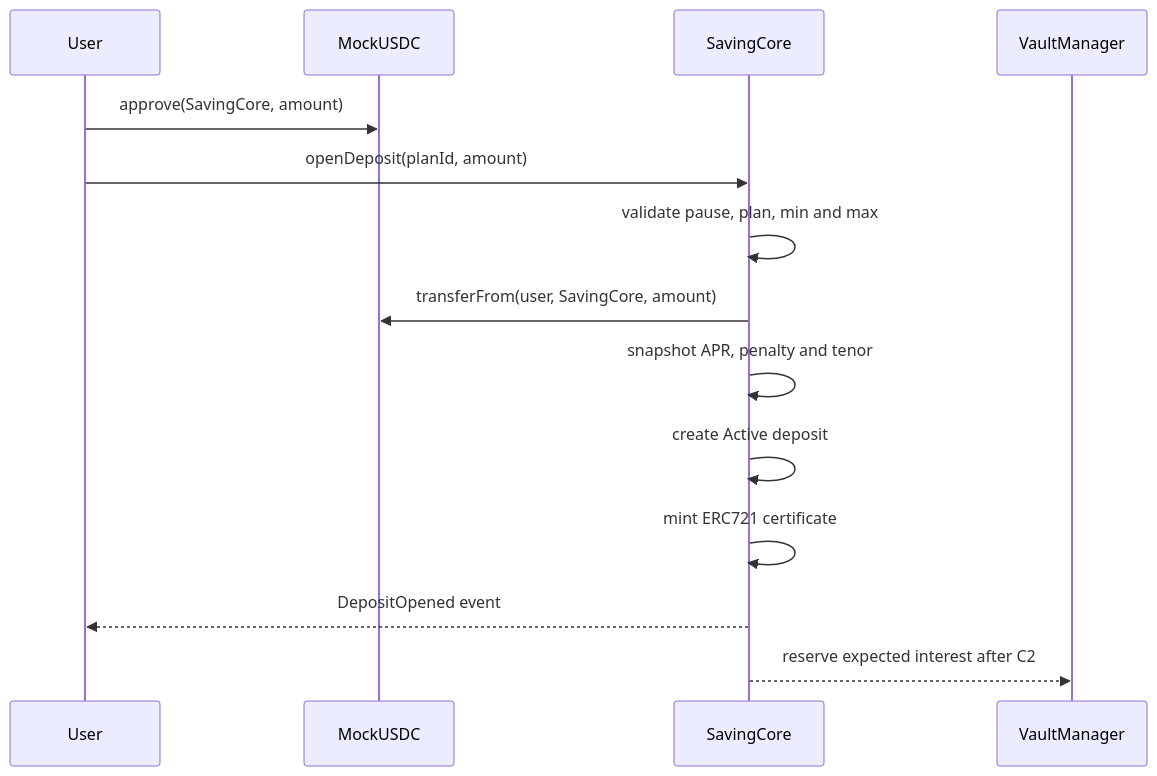
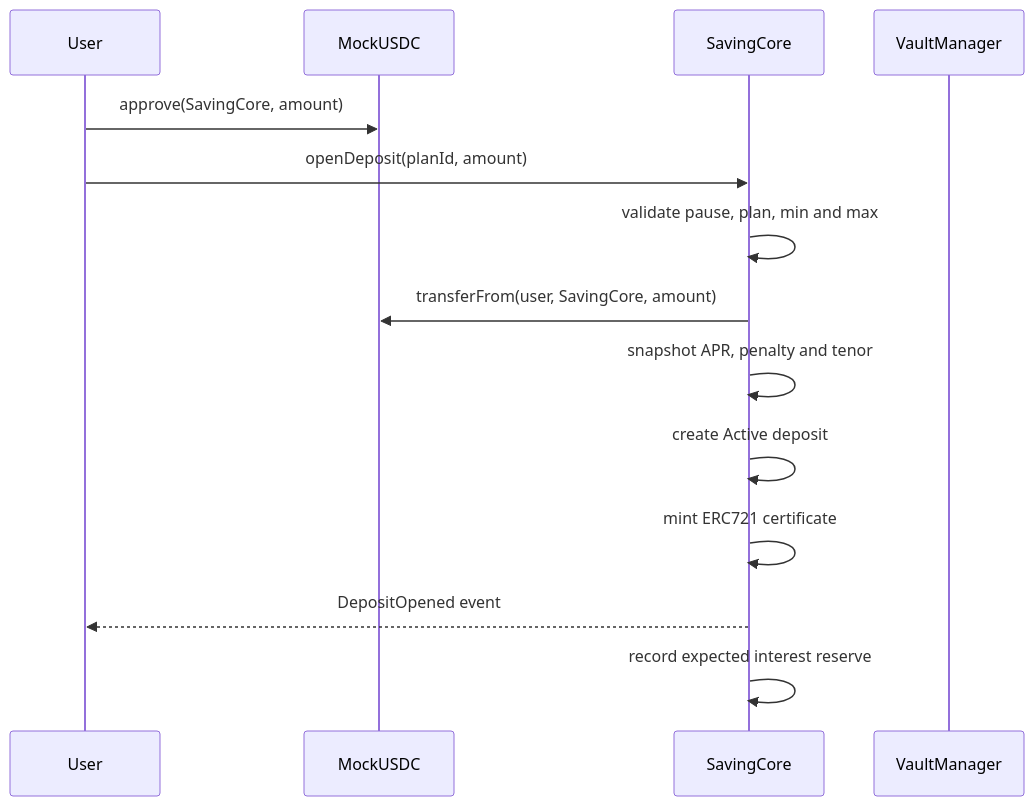
Before and after one commit to VuNguyen26/online-banking-capstone: the third of 4 diagrams in docs/ARCHITECTURE.md, drawn with Mermaid. The commit also changed other lines of this file and 12 other files, not shown here.

```diff
--- a/docs/ARCHITECTURE.md
+++ b/docs/ARCHITECTURE.md
@@ -702,17 +709,17 @@
 ~~~mermaid
 sequenceDiagram
     participant User
     participant Token as MockUSDC
     participant Core as SavingCore
     participant Vault as VaultManager
 
     User->>Token: approve(SavingCore, amount)
     User->>Core: openDeposit(planId, amount)
     Core->>Core: validate pause, plan, min and max
     Core->>Token: transferFrom(user, SavingCore, amount)
     Core->>Core: snapshot APR, penalty and tenor
     Core->>Core: create Active deposit
     Core->>Core: mint ERC721 certificate
     Core-->>User: DepositOpened event
-    Core-->>Vault: reserve expected interest after C2
+    Core->>Core: record expected interest reserve
 ~~~
```
